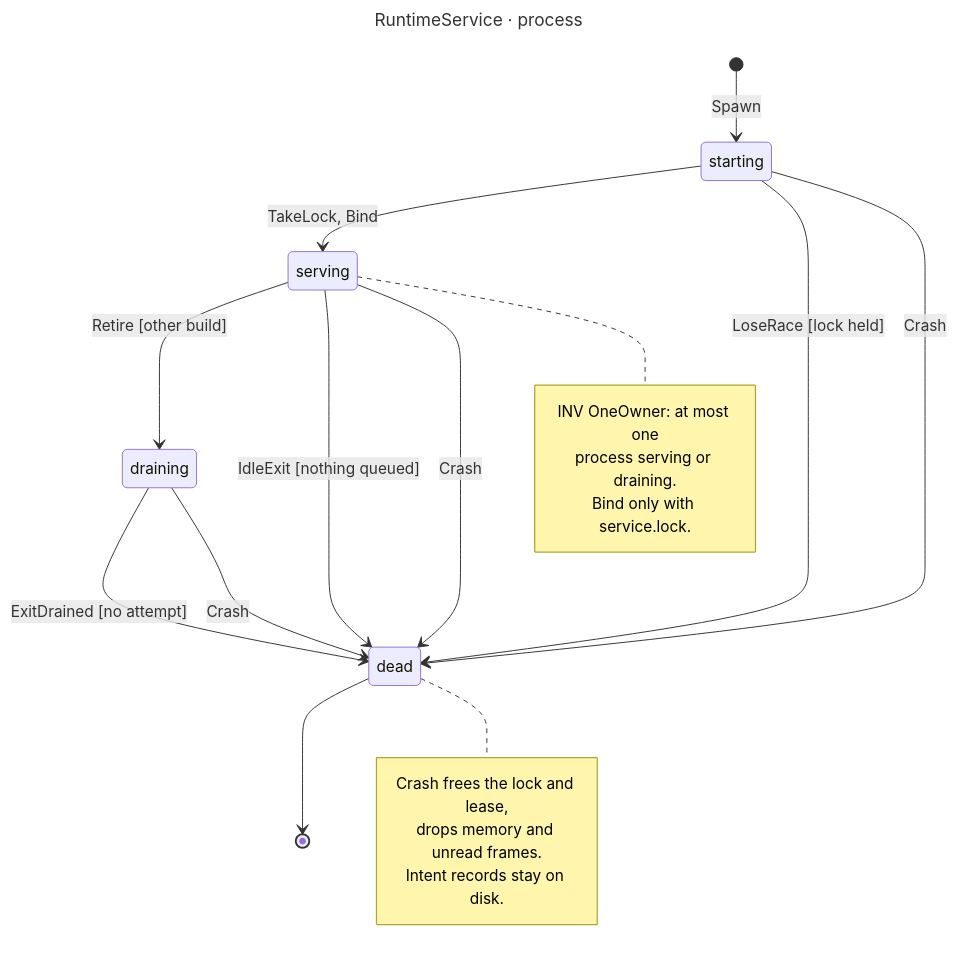
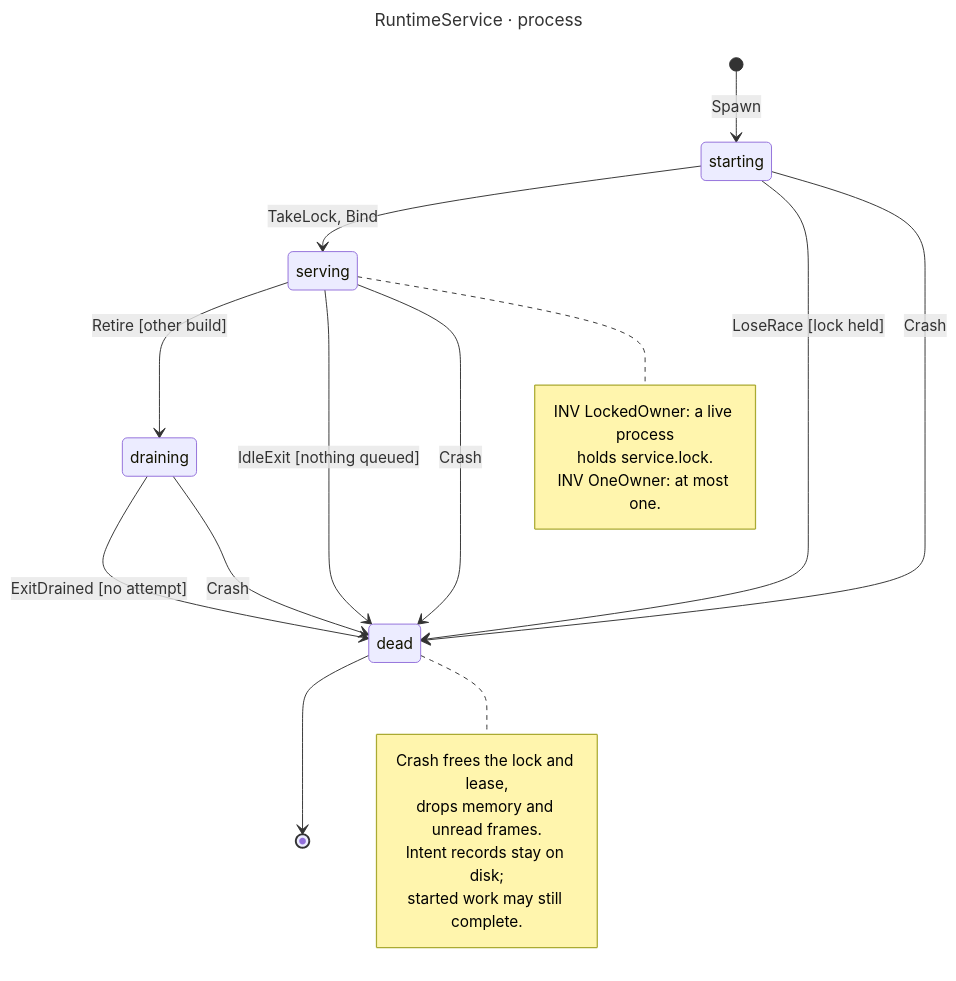
One commit to hack-dance/hack changed the diagram in docs/diagrams/runtime-service-process.mmd. Above: the diagram before and after it, drawn with Mermaid. The commit also changed 20 other files, not shown here.

First line of the commit message:
test(models): route runtime service replies by connection and inspect only observed effects

```diff
--- a/docs/diagrams/runtime-service-process.mmd
+++ b/docs/diagrams/runtime-service-process.mmd
@@ -1,29 +1,30 @@
 ---
 title: RuntimeService · process
 ---
 stateDiagram-v2
     direction TB
     [*] --> starting : Spawn
     starting --> serving : TakeLock, Bind
     starting --> dead : LoseRace [lock held]
     serving --> draining : Retire [other build]
     serving --> dead : IdleExit [nothing queued]
     draining --> dead : ExitDrained [no attempt]
     starting --> dead : Crash
     serving --> dead : Crash
     draining --> dead : Crash
     dead --> [*]
     note right of serving
-        INV OneOwner: at most one
-        process serving or draining.
-        Bind only with service.lock.
+        INV LockedOwner: a live process
+        holds service.lock.
+        INV OneOwner: at most one.
     end note
     note right of dead
         Crash frees the lock and lease,
         drops memory and unread frames.
-        Intent records stay on disk.
+        Intent records stay on disk;
+        started work may still complete.
     end note
     class starting wait
     class serving live
     class draining wait
     class dead idle
```
